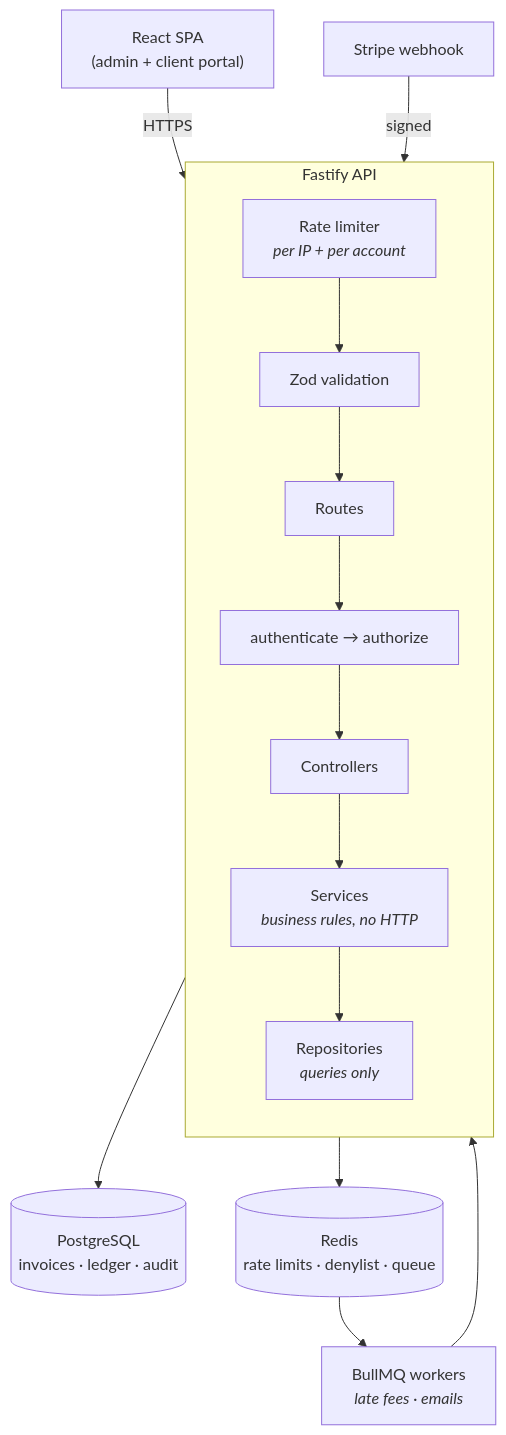
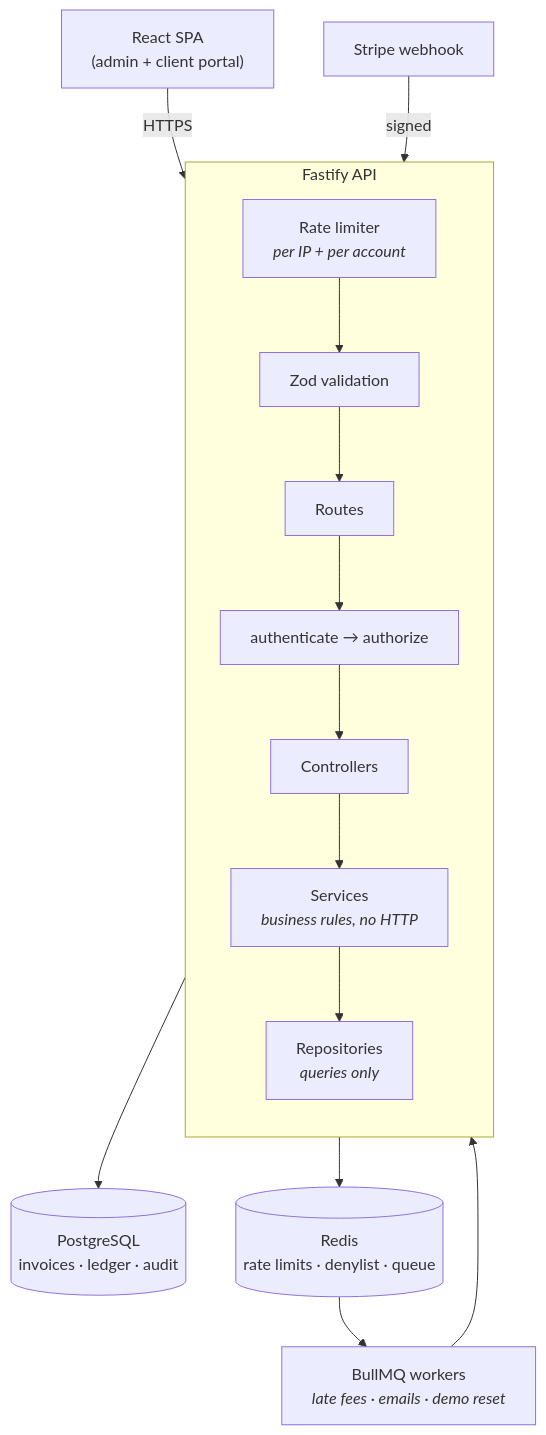
The diagram in README.md (devinder-dev/fakturly), drawn with Mermaid before and after one commit. The commit also changed other lines of this file and 35 other files, not shown here.

````diff
--- a/README.md
+++ b/README.md
@@ -82,20 +105,20 @@
 ```mermaid
 flowchart TD
     Client["React SPA<br/>(admin + client portal)"] -->|HTTPS| RL
 
     subgraph API["Fastify API"]
         direction TB
         RL["Rate limiter<br/><i>per IP + per account</i>"] --> V["Zod validation"]
         V --> R["Routes"]
         R --> MW["authenticate → authorize"]
         MW --> C["Controllers"]
         C --> S["Services<br/><i>business rules, no HTTP</i>"]
         S --> Repo["Repositories<br/><i>queries only</i>"]
     end
 
     Repo --> PG[("PostgreSQL<br/>invoices · ledger · audit")]
     S --> Redis[("Redis<br/>rate limits · denylist · queue")]
-    Redis --> W["BullMQ workers<br/><i>late fees · emails</i>"]
-    W --> Repo
+    Redis --> W["BullMQ workers<br/><i>late fees · emails · demo reset</i>"]
+    W --> S
     Stripe["Stripe webhook"] -->|signed| R
 ```
````
